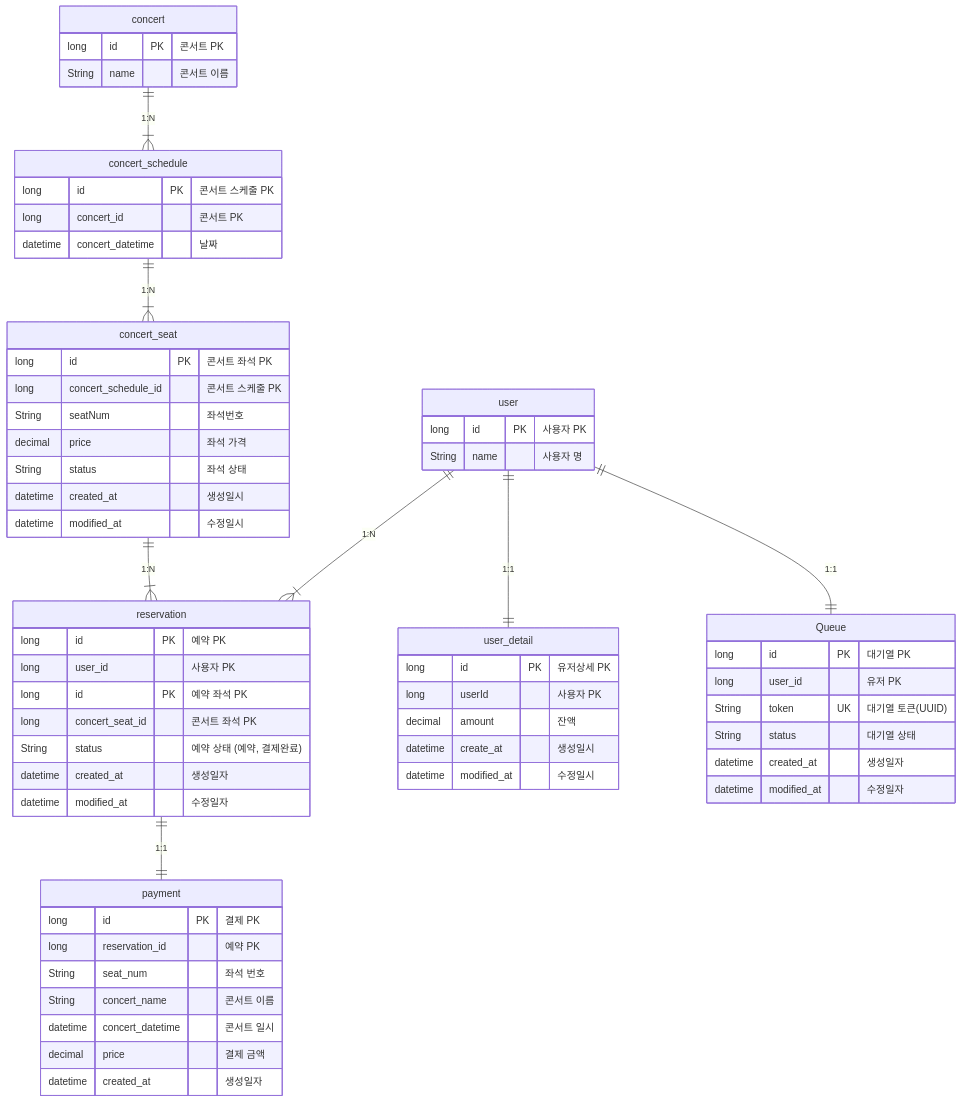
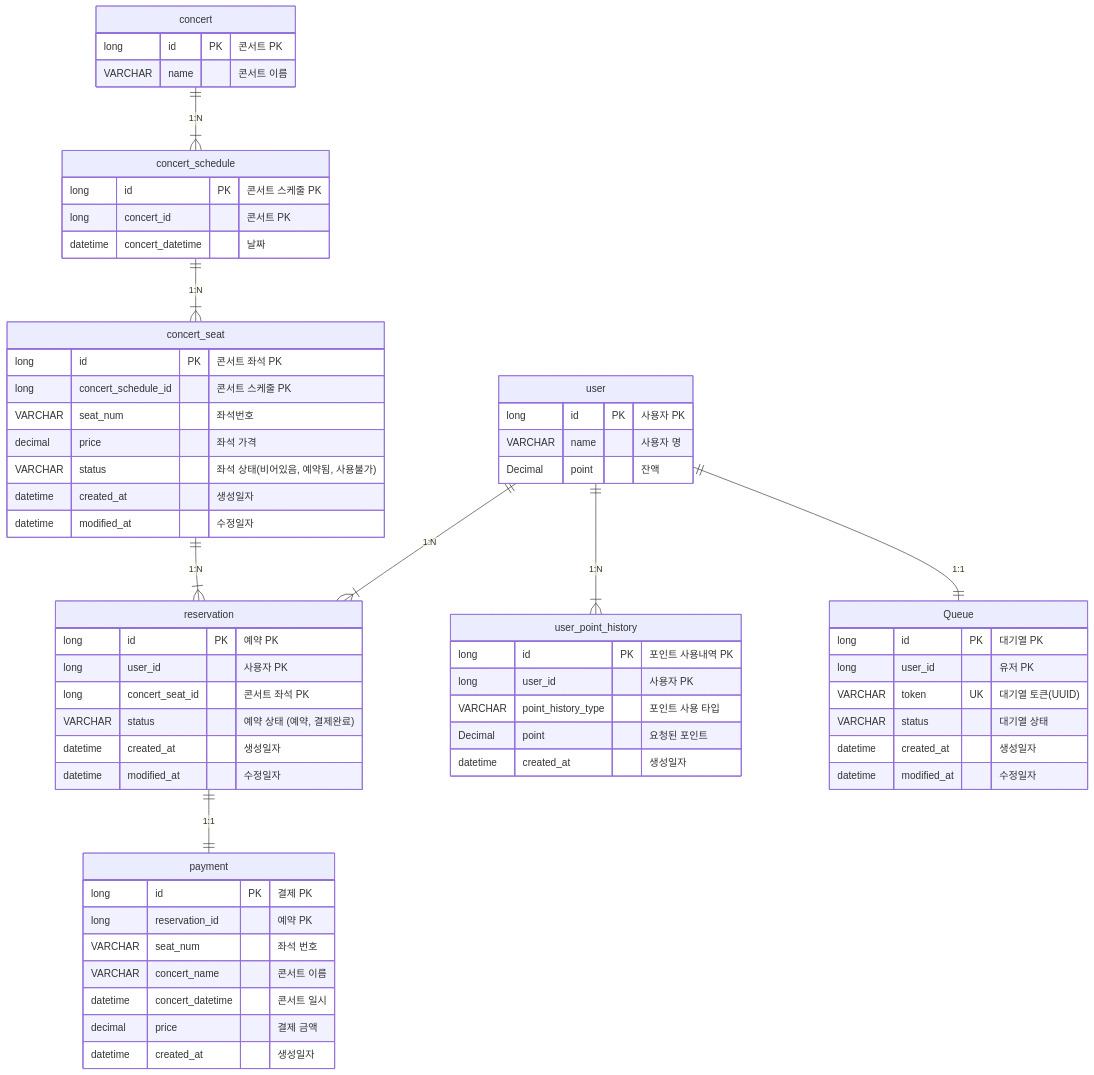
One commit to wn1331/Concert-Reservation-Service changed the diagram in README.md. Above: the diagram before and after it, drawn with Mermaid. The commit also changed 17 other files, not shown here.

Commit message:
feat : ERD 수정 및 피드백 반영

````diff
--- a/README.md
+++ b/README.md
@@ -31,71 +31,72 @@
 ```mermaid
 erDiagram
     concert ||--|{ concert_schedule: "1:N"
     concert_schedule ||--|{ concert_seat: "1:N"
     concert_seat ||--|{ reservation: "1:N"
-    user ||--|| user_detail: "1:1"
+    user ||--|{ user_point_history: "1:N"
     user ||--|{ reservation: "1:N"
     user ||--|| Queue: "1:1"
     reservation ||--|| payment: "1:1"
 
     concert {
         long id PK "콘서트 PK"
-        String name "콘서트 이름"
+        VARCHAR name "콘서트 이름"
     }
     concert_schedule {
         long id PK "콘서트 스케줄 PK"
         long concert_id "콘서트 PK"
         datetime concert_datetime "날짜"
     }
     concert_seat {
         long id PK "콘서트 좌석 PK"
         long concert_schedule_id "콘서트 스케줄 PK"
-        String seatNum "좌석번호"
+        VARCHAR seat_num "좌석번호"
         decimal price "좌석 가격"
-        String status "좌석 상태"
-        datetime created_at "생성일시"
-        datetime modified_at "수정일시"
+        VARCHAR status "좌석 상태(비어있음, 예약됨, 사용불가)"
+        datetime created_at "생성일자"
+        datetime modified_at "수정일자"
     }
 
     user {
         long id PK "사용자 PK"
-        String name "사용자 명"
+        VARCHAR name "사용자 명"
+        Decimal point "잔액"
     }
-    user_detail {
-        long id PK "유저상세 PK"
-        long userId "사용자 PK"
-        decimal amount "잔액"
-        datetime create_at "생성일시"
-        datetime modified_at "수정일시"
+
+    user_point_history {
+        long id PK "포인트 사용내역 PK"
+        long user_id "사용자 PK"
+        VARCHAR point_history_type "포인트 사용 타입"
+        Decimal point "요청된 포인트"
+        datetime created_at "생성일자"
     }
 
     payment {
         long id PK "결제 PK"
         long reservation_id "예약 PK"
-        String seat_num "좌석 번호"
-        String concert_name "콘서트 이름"
+        VARCHAR seat_num "좌석 번호"
+        VARCHAR concert_name "콘서트 이름"
         datetime concert_datetime "콘서트 일시"
         decimal price "결제 금액"
         datetime created_at "생성일자"
     }
 
     reservation {
         long id PK "예약 PK"
         long user_id "사용자 PK"
-        long id PK "예약 좌석 PK"
         long concert_seat_id "콘서트 좌석 PK"
-        String status "예약 상태 (예약, 결제완료)"
+        VARCHAR status "예약 상태 (예약, 결제완료)"
         datetime created_at "생성일자"
         datetime modified_at "수정일자"
     }
 
     Queue {
         long id PK "대기열 PK"
         long user_id "유저 PK"
-        String token UK "대기열 토큰(UUID)"
-        String status "대기열 상태"
+        VARCHAR token UK "대기열 토큰(UUID)"
+        VARCHAR status "대기열 상태"
         datetime created_at "생성일자"
         datetime modified_at "수정일자"
     }
 
 ```
````
